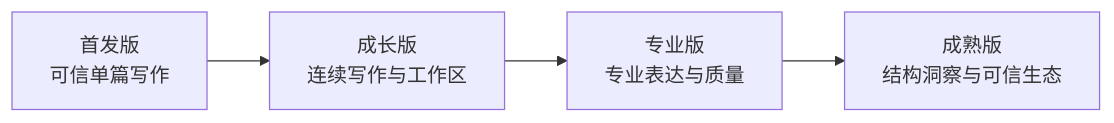
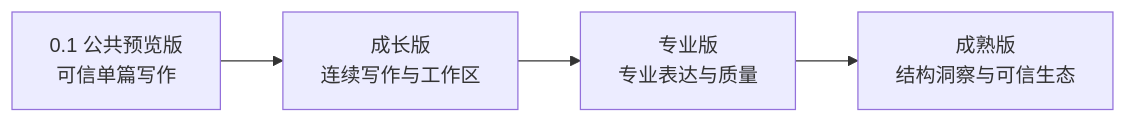
One commit to Eulimene/Inflow changed the diagram in 文档/01-产品设计/06-版本规划/01-版本路线图.md. Above: the diagram before and after it, drawn with Mermaid. The commit also changed other lines of this file and 31 other files, not shown here.

````diff
--- a/文档/01-产品设计/06-版本规划/01-版本路线图.md
+++ b/文档/01-产品设计/06-版本规划/01-版本路线图.md
@@ -30,6 +30,6 @@
 ```mermaid
 flowchart LR
-    A["首发版\n可信单篇写作"] --> B["成长版\n连续写作与工作区"]
+    A["0.1 公共预览版\n可信单篇写作"] --> B["成长版\n连续写作与工作区"]
     B --> C["专业版\n专业表达与质量"]
     C --> D["成熟版\n结构洞察与可信生态"]
 ```
````
